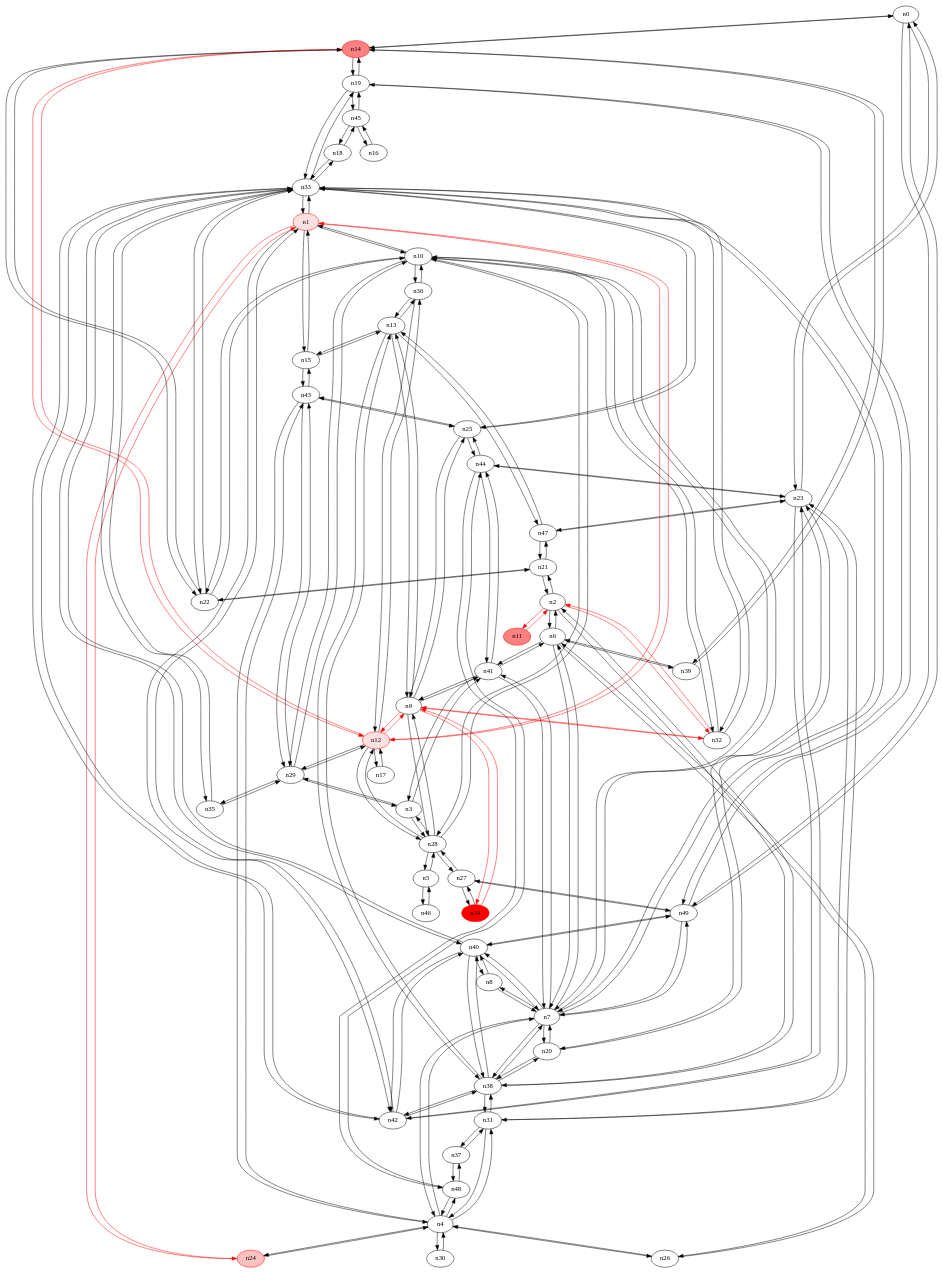
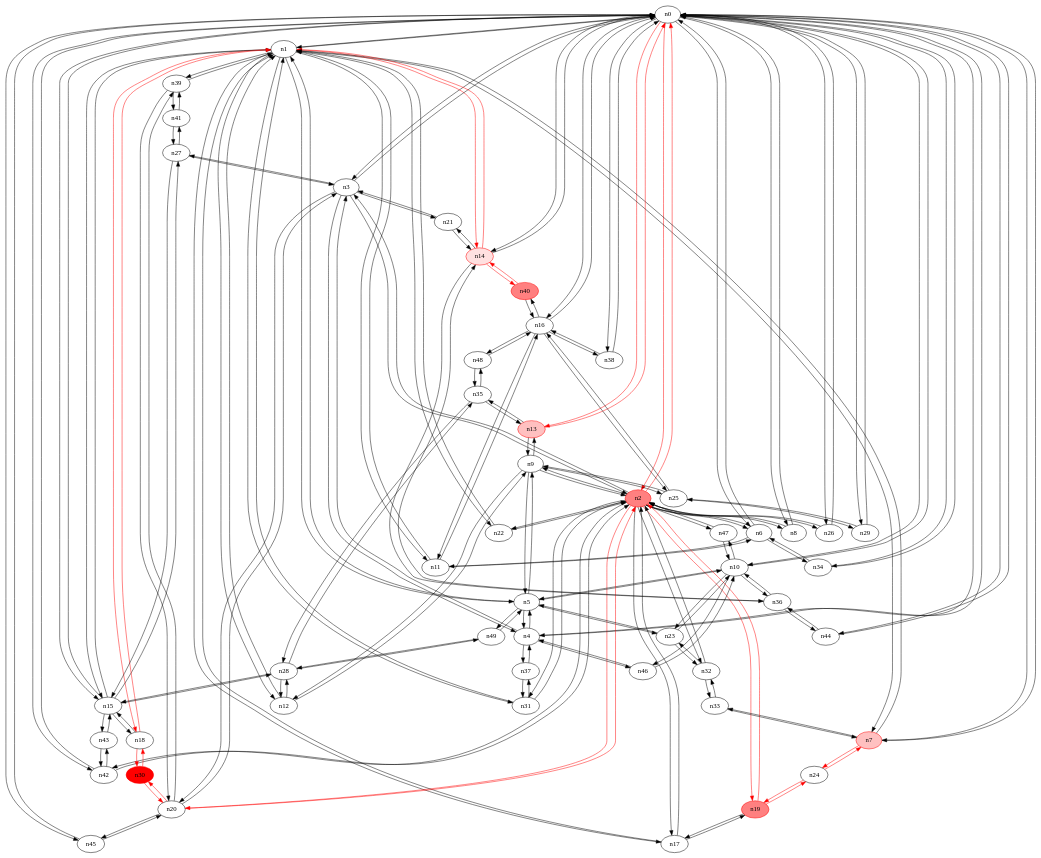
Before and after one commit to ireallyhopeirememberthis/yates_rrt: the diagram in 50_7/2-rrt1.dot, drawn with Graphviz. The commit also changed 7464 other files, not shown here.

```diff
--- a/50_7/2-rrt1.dot
+++ b/50_7/2-rrt1.dot
@@ -1,252 +1,244 @@
 strict digraph {
 n0 [type=switch];
-n14 [type=switch, color="#FF0000", style=filled, fillcolor="#FF8080"];
+n1 [type=switch];
+n2 [type=switch, color="#FF0000", style=filled, fillcolor="#FF8080"];
+n3 [type=switch];
+n4 [type=switch];
+n6 [type=switch];
+n7 [type=host, color="#FF0000", style=filled, fillcolor="#FFC0C0"];
+n8 [type=switch];
+n10 [type=switch];
+n13 [type=host, color="#FF0000", style=filled, fillcolor="#FFC0C0"];
+n14 [type=host, color="#FF0000", style=filled, fillcolor="#FFE0E0"];
+n15 [type=switch];
+n16 [type=switch];
+n26 [type=switch];
+n29 [type=switch];
+n34 [type=switch];
+n38 [type=switch];
+n42 [type=switch];
+n44 [type=switch];
+n45 [type=switch];
+n5 [type=switch];
+n11 [type=switch];
+n12 [type=switch];
+n17 [type=switch];
+n18 [type=switch];
+n22 [type=switch];
+n31 [type=switch];
+n39 [type=switch];
+n9 [type=switch];
+n19 [type=switch, color="#FF0000", style=filled, fillcolor="#FF8080"];
+n20 [type=switch];
+n32 [type=switch];
+n47 [type=switch];
+n21 [type=switch];
+n27 [type=switch];
+n37 [type=switch];
+n46 [type=switch];
 n23 [type=switch];
 n49 [type=switch];
-n1 [type=host, color="#FF0000", style=filled, fillcolor="#FFE0E0"];
-n10 [type=switch];
-n12 [type=host, color="#FF0000", style=filled, fillcolor="#FFE0E0"];
-n15 [type=switch];
-n24 [type=switch, color="#FF0000", style=filled, fillcolor="#FFC0C0"];
+n24 [type=switch];
 n33 [type=switch];
-n42 [type=switch];
-n2 [type=switch];
-n6 [type=switch];
-n11 [type=host, color="#FF0000", style=filled, fillcolor="#FF8080"];
-n21 [type=switch];
-n32 [type=switch];
-n38 [type=switch];
-n3 [type=switch];
+n25 [type=switch];
+n36 [type=switch];
 n28 [type=switch];
-n29 [type=switch];
-n41 [type=switch];
-n4 [type=switch];
-n7 [type=switch];
-n26 [type=switch];
-n30 [type=switch];
-n31 [type=switch];
+n35 [type=switch];
+n40 [type=switch, color="#FF0000", style=filled, fillcolor="#FF8080"];
 n43 [type=switch];
 n48 [type=switch];
-n5 [type=switch];
-n46 [type=switch];
-n39 [type=switch];
-n8 [type=switch];
-n20 [type=switch];
-n40 [type=switch];
-n9 [type=switch];
-n13 [type=switch];
-n25 [type=switch];
-n34 [type=switch, color="#FF0000", style=filled, fillcolor="#FF0000"];
-n22 [type=switch];
-n36 [type=switch];
-n17 [type=switch];
-n47 [type=switch];
-n19 [type=switch];
-n16 [type=switch];
-n45 [type=switch];
-n18 [type=switch];
-n44 [type=switch];
-n27 [type=switch];
-n35 [type=switch];
-n37 [type=switch];
+n30 [type=switch, color="#FF0000", style=filled, fillcolor="#FF0000"];
+n41 [type=switch];
+n0 -> n1 [src_port=0, dst_port=0];
+n0 -> n2 [src_port=0, dst_port=0, color="#FF0000"];
+n0 -> n3 [src_port=0, dst_port=0];
+n0 -> n4 [src_port=0, dst_port=0];
+n0 -> n6 [src_port=0, dst_port=0];
+n0 -> n7 [src_port=0, dst_port=0];
+n0 -> n8 [src_port=0, dst_port=0];
+n0 -> n10 [src_port=0, dst_port=0];
+n0 -> n13 [src_port=0, dst_port=0, color="#FF0000"];
 n0 -> n14 [src_port=0, dst_port=0];
-n0 -> n23 [src_port=0, dst_port=0];
-n0 -> n49 [src_port=0, dst_port=0];
+n0 -> n15 [src_port=0, dst_port=0];
+n0 -> n16 [src_port=0, dst_port=0];
+n0 -> n26 [src_port=0, dst_port=0];
+n0 -> n29 [src_port=0, dst_port=0];
+n0 -> n34 [src_port=0, dst_port=0];
+n0 -> n38 [src_port=0, dst_port=0];
+n0 -> n42 [src_port=0, dst_port=0];
+n0 -> n44 [src_port=0, dst_port=0];
+n0 -> n45 [src_port=0, dst_port=0];
+n1 -> n0 [src_port=0, dst_port=0];
+n1 -> n7 [src_port=0, dst_port=0];
+n1 -> n14 [src_port=0, dst_port=0, color="#FF0000"];
+n1 -> n15 [src_port=0, dst_port=0];
+n1 -> n5 [src_port=0, dst_port=0];
+n1 -> n11 [src_port=0, dst_port=0];
+n1 -> n12 [src_port=0, dst_port=0];
+n1 -> n17 [src_port=0, dst_port=0];
+n1 -> n18 [src_port=0, dst_port=0, color="#FF0000"];
+n1 -> n22 [src_port=0, dst_port=0];
+n1 -> n31 [src_port=0, dst_port=0];
+n1 -> n39 [src_port=0, dst_port=0];
+n2 -> n0 [src_port=0, dst_port=0, color="#FF0000"];
+n2 -> n3 [src_port=0, dst_port=0];
+n2 -> n6 [src_port=0, dst_port=0];
+n2 -> n8 [src_port=0, dst_port=0];
+n2 -> n26 [src_port=0, dst_port=0];
+n2 -> n42 [src_port=0, dst_port=0];
+n2 -> n17 [src_port=0, dst_port=0];
+n2 -> n22 [src_port=0, dst_port=0];
+n2 -> n31 [src_port=0, dst_port=0];
+n2 -> n9 [src_port=0, dst_port=0];
+n2 -> n19 [src_port=0, dst_port=0, color="#FF0000"];
+n2 -> n20 [src_port=0, dst_port=0, color="#FF0000"];
+n2 -> n32 [src_port=0, dst_port=0];
+n2 -> n47 [src_port=0, dst_port=0];
+n3 -> n0 [src_port=0, dst_port=0];
+n3 -> n2 [src_port=0, dst_port=0];
+n3 -> n4 [src_port=0, dst_port=0];
+n3 -> n20 [src_port=0, dst_port=0];
+n3 -> n21 [src_port=0, dst_port=0];
+n3 -> n27 [src_port=0, dst_port=0];
+n4 -> n0 [src_port=0, dst_port=0];
+n4 -> n3 [src_port=0, dst_port=0];
+n4 -> n5 [src_port=0, dst_port=0];
+n4 -> n37 [src_port=0, dst_port=0];
+n4 -> n46 [src_port=0, dst_port=0];
+n6 -> n0 [src_port=0, dst_port=0];
+n6 -> n2 [src_port=0, dst_port=0];
+n6 -> n34 [src_port=0, dst_port=0];
+n6 -> n11 [src_port=0, dst_port=0];
+n7 -> n0 [src_port=0, dst_port=0];
+n7 -> n1 [src_port=0, dst_port=0];
+n7 -> n24 [src_port=0, dst_port=0, color="#FF0000"];
+n7 -> n33 [src_port=0, dst_port=0];
+n8 -> n0 [src_port=0, dst_port=0];
+n8 -> n2 [src_port=0, dst_port=0];
+n10 -> n0 [src_port=0, dst_port=0];
+n10 -> n5 [src_port=0, dst_port=0];
+n10 -> n47 [src_port=0, dst_port=0];
+n10 -> n46 [src_port=0, dst_port=0];
+n10 -> n23 [src_port=0, dst_port=0];
+n10 -> n36 [src_port=0, dst_port=0];
+n13 -> n0 [src_port=0, dst_port=0, color="#FF0000"];
+n13 -> n9 [src_port=0, dst_port=0];
+n13 -> n35 [src_port=0, dst_port=0];
 n14 -> n0 [src_port=0, dst_port=0];
-n14 -> n12 [src_port=0, dst_port=0, color="#FF0000"];
-n14 -> n39 [src_port=0, dst_port=0];
-n14 -> n22 [src_port=0, dst_port=0];
-n14 -> n19 [src_port=0, dst_port=0];
-n23 -> n0 [src_port=0, dst_port=0];
-n23 -> n42 [src_port=0, dst_port=0];
-n23 -> n31 [src_port=0, dst_port=0];
-n23 -> n20 [src_port=0, dst_port=0];
-n23 -> n47 [src_port=0, dst_port=0];
-n23 -> n44 [src_port=0, dst_port=0];
-n49 -> n0 [src_port=0, dst_port=0];
-n49 -> n7 [src_port=0, dst_port=0];
-n49 -> n40 [src_port=0, dst_port=0];
-n49 -> n19 [src_port=0, dst_port=0];
-n49 -> n27 [src_port=0, dst_port=0];
-n1 -> n10 [src_port=0, dst_port=0];
-n1 -> n12 [src_port=0, dst_port=0, color="#FF0000"];
-n1 -> n15 [src_port=0, dst_port=0];
-n1 -> n24 [src_port=0, dst_port=0, color="#FF0000"];
-n1 -> n33 [src_port=0, dst_port=0];
-n1 -> n42 [src_port=0, dst_port=0];
-n10 -> n1 [src_port=0, dst_port=0];
-n10 -> n32 [src_port=0, dst_port=0];
-n10 -> n28 [src_port=0, dst_port=0];
-n10 -> n29 [src_port=0, dst_port=0];
-n10 -> n7 [src_port=0, dst_port=0];
-n10 -> n22 [src_port=0, dst_port=0];
-n10 -> n36 [src_port=0, dst_port=0];
-n12 -> n14 [src_port=0, dst_port=0, color="#FF0000"];
-n12 -> n1 [src_port=0, dst_port=0, color="#FF0000"];
+n14 -> n1 [src_port=0, dst_port=0, color="#FF0000"];
+n14 -> n21 [src_port=0, dst_port=0];
+n14 -> n36 [src_port=0, dst_port=0];
+n14 -> n40 [src_port=0, dst_port=0, color="#FF0000"];
+n15 -> n0 [src_port=0, dst_port=0];
+n15 -> n1 [src_port=0, dst_port=0];
+n15 -> n18 [src_port=0, dst_port=0];
+n15 -> n27 [src_port=0, dst_port=0];
+n15 -> n28 [src_port=0, dst_port=0];
+n15 -> n43 [src_port=0, dst_port=0];
+n16 -> n0 [src_port=0, dst_port=0];
+n16 -> n38 [src_port=0, dst_port=0];
+n16 -> n11 [src_port=0, dst_port=0];
+n16 -> n25 [src_port=0, dst_port=0];
+n16 -> n40 [src_port=0, dst_port=0];
+n16 -> n48 [src_port=0, dst_port=0];
+n26 -> n0 [src_port=0, dst_port=0];
+n26 -> n2 [src_port=0, dst_port=0];
+n29 -> n0 [src_port=0, dst_port=0];
+n29 -> n25 [src_port=0, dst_port=0];
+n34 -> n0 [src_port=0, dst_port=0];
+n34 -> n6 [src_port=0, dst_port=0];
+n38 -> n0 [src_port=0, dst_port=0];
+n38 -> n16 [src_port=0, dst_port=0];
+n42 -> n0 [src_port=0, dst_port=0];
+n42 -> n2 [src_port=0, dst_port=0];
+n42 -> n43 [src_port=0, dst_port=0];
+n44 -> n0 [src_port=0, dst_port=0];
+n44 -> n36 [src_port=0, dst_port=0];
+n45 -> n0 [src_port=0, dst_port=0];
+n45 -> n20 [src_port=0, dst_port=0];
+n5 -> n1 [src_port=0, dst_port=0];
+n5 -> n4 [src_port=0, dst_port=0];
+n5 -> n10 [src_port=0, dst_port=0];
+n5 -> n9 [src_port=0, dst_port=0];
+n5 -> n23 [src_port=0, dst_port=0];
+n5 -> n49 [src_port=0, dst_port=0];
+n11 -> n1 [src_port=0, dst_port=0];
+n11 -> n6 [src_port=0, dst_port=0];
+n11 -> n16 [src_port=0, dst_port=0];
+n12 -> n1 [src_port=0, dst_port=0];
+n12 -> n9 [src_port=0, dst_port=0];
 n12 -> n28 [src_port=0, dst_port=0];
-n12 -> n29 [src_port=0, dst_port=0];
-n12 -> n9 [src_port=0, dst_port=0, color="#FF0000"];
-n12 -> n36 [src_port=0, dst_port=0];
-n12 -> n17 [src_port=0, dst_port=0];
-n15 -> n1 [src_port=0, dst_port=0];
-n15 -> n43 [src_port=0, dst_port=0];
-n15 -> n13 [src_port=0, dst_port=0];
-n24 -> n1 [src_port=0, dst_port=0, color="#FF0000"];
-n24 -> n4 [src_port=0, dst_port=0];
-n33 -> n1 [src_port=0, dst_port=0];
-n33 -> n42 [src_port=0, dst_port=0];
+n17 -> n1 [src_port=0, dst_port=0];
+n17 -> n2 [src_port=0, dst_port=0];
+n17 -> n19 [src_port=0, dst_port=0];
+n18 -> n1 [src_port=0, dst_port=0, color="#FF0000"];
+n18 -> n15 [src_port=0, dst_port=0];
+n18 -> n30 [src_port=0, dst_port=0, color="#FF0000"];
+n22 -> n1 [src_port=0, dst_port=0];
+n22 -> n2 [src_port=0, dst_port=0];
+n31 -> n1 [src_port=0, dst_port=0];
+n31 -> n2 [src_port=0, dst_port=0];
+n31 -> n37 [src_port=0, dst_port=0];
+n39 -> n1 [src_port=0, dst_port=0];
+n39 -> n20 [src_port=0, dst_port=0];
+n39 -> n41 [src_port=0, dst_port=0];
+n9 -> n2 [src_port=0, dst_port=0];
+n9 -> n13 [src_port=0, dst_port=0];
+n9 -> n5 [src_port=0, dst_port=0];
+n9 -> n12 [src_port=0, dst_port=0];
+n9 -> n25 [src_port=0, dst_port=0];
+n19 -> n2 [src_port=0, dst_port=0, color="#FF0000"];
+n19 -> n17 [src_port=0, dst_port=0];
+n19 -> n24 [src_port=0, dst_port=0, color="#FF0000"];
+n20 -> n2 [src_port=0, dst_port=0, color="#FF0000"];
+n20 -> n3 [src_port=0, dst_port=0];
+n20 -> n45 [src_port=0, dst_port=0];
+n20 -> n39 [src_port=0, dst_port=0];
+n20 -> n30 [src_port=0, dst_port=0, color="#FF0000"];
+n32 -> n2 [src_port=0, dst_port=0];
+n32 -> n23 [src_port=0, dst_port=0];
+n32 -> n33 [src_port=0, dst_port=0];
+n47 -> n2 [src_port=0, dst_port=0];
+n47 -> n10 [src_port=0, dst_port=0];
+n21 -> n3 [src_port=0, dst_port=0];
+n21 -> n14 [src_port=0, dst_port=0];
+n27 -> n3 [src_port=0, dst_port=0];
+n27 -> n15 [src_port=0, dst_port=0];
+n27 -> n41 [src_port=0, dst_port=0];
+n37 -> n4 [src_port=0, dst_port=0];
+n37 -> n31 [src_port=0, dst_port=0];
+n46 -> n4 [src_port=0, dst_port=0];
+n46 -> n10 [src_port=0, dst_port=0];
+n23 -> n10 [src_port=0, dst_port=0];
+n23 -> n5 [src_port=0, dst_port=0];
+n23 -> n32 [src_port=0, dst_port=0];
+n49 -> n5 [src_port=0, dst_port=0];
+n49 -> n28 [src_port=0, dst_port=0];
+n24 -> n7 [src_port=0, dst_port=0, color="#FF0000"];
+n24 -> n19 [src_port=0, dst_port=0, color="#FF0000"];
+n33 -> n7 [src_port=0, dst_port=0];
 n33 -> n32 [src_port=0, dst_port=0];
-n33 -> n7 [src_port=0, dst_port=0];
-n33 -> n40 [src_port=0, dst_port=0];
-n33 -> n25 [src_port=0, dst_port=0];
-n33 -> n22 [src_port=0, dst_port=0];
-n33 -> n19 [src_port=0, dst_port=0];
-n33 -> n18 [src_port=0, dst_port=0];
-n33 -> n35 [src_port=0, dst_port=0];
-n42 -> n23 [src_port=0, dst_port=0];
-n42 -> n1 [src_port=0, dst_port=0];
-n42 -> n33 [src_port=0, dst_port=0];
-n42 -> n38 [src_port=0, dst_port=0];
-n42 -> n40 [src_port=0, dst_port=0];
-n2 -> n6 [src_port=0, dst_port=0];
-n2 -> n11 [src_port=0, dst_port=0, color="#FF0000"];
-n2 -> n21 [src_port=0, dst_port=0];
-n2 -> n32 [src_port=0, dst_port=0, color="#FF0000"];
-n2 -> n38 [src_port=0, dst_port=0];
-n6 -> n2 [src_port=0, dst_port=0];
-n6 -> n41 [src_port=0, dst_port=0];
-n6 -> n7 [src_port=0, dst_port=0];
-n6 -> n26 [src_port=0, dst_port=0];
-n6 -> n39 [src_port=0, dst_port=0];
-n11 -> n2 [src_port=0, dst_port=0, color="#FF0000"];
-n21 -> n2 [src_port=0, dst_port=0];
-n21 -> n22 [src_port=0, dst_port=0];
-n21 -> n47 [src_port=0, dst_port=0];
-n32 -> n10 [src_port=0, dst_port=0];
-n32 -> n33 [src_port=0, dst_port=0];
-n32 -> n2 [src_port=0, dst_port=0, color="#FF0000"];
-n32 -> n9 [src_port=0, dst_port=0, color="#FF0000"];
-n38 -> n42 [src_port=0, dst_port=0];
-n38 -> n2 [src_port=0, dst_port=0];
-n38 -> n7 [src_port=0, dst_port=0];
-n38 -> n31 [src_port=0, dst_port=0];
-n38 -> n20 [src_port=0, dst_port=0];
-n38 -> n40 [src_port=0, dst_port=0];
-n38 -> n13 [src_port=0, dst_port=0];
-n3 -> n28 [src_port=0, dst_port=0];
-n3 -> n29 [src_port=0, dst_port=0];
-n3 -> n41 [src_port=0, dst_port=0];
-n28 -> n10 [src_port=0, dst_port=0];
+n25 -> n16 [src_port=0, dst_port=0];
+n25 -> n29 [src_port=0, dst_port=0];
+n25 -> n9 [src_port=0, dst_port=0];
+n36 -> n10 [src_port=0, dst_port=0];
+n36 -> n14 [src_port=0, dst_port=0];
+n36 -> n44 [src_port=0, dst_port=0];
+n28 -> n15 [src_port=0, dst_port=0];
 n28 -> n12 [src_port=0, dst_port=0];
-n28 -> n3 [src_port=0, dst_port=0];
-n28 -> n5 [src_port=0, dst_port=0];
-n28 -> n9 [src_port=0, dst_port=0];
-n28 -> n27 [src_port=0, dst_port=0];
-n29 -> n10 [src_port=0, dst_port=0];
-n29 -> n12 [src_port=0, dst_port=0];
-n29 -> n3 [src_port=0, dst_port=0];
-n29 -> n43 [src_port=0, dst_port=0];
-n29 -> n35 [src_port=0, dst_port=0];
-n41 -> n6 [src_port=0, dst_port=0];
-n41 -> n3 [src_port=0, dst_port=0];
-n41 -> n7 [src_port=0, dst_port=0];
-n41 -> n9 [src_port=0, dst_port=0];
-n41 -> n44 [src_port=0, dst_port=0];
-n4 -> n24 [src_port=0, dst_port=0];
-n4 -> n7 [src_port=0, dst_port=0];
-n4 -> n26 [src_port=0, dst_port=0];
-n4 -> n30 [src_port=0, dst_port=0];
-n4 -> n31 [src_port=0, dst_port=0];
-n4 -> n43 [src_port=0, dst_port=0];
-n4 -> n48 [src_port=0, dst_port=0];
-n7 -> n49 [src_port=0, dst_port=0];
-n7 -> n10 [src_port=0, dst_port=0];
-n7 -> n33 [src_port=0, dst_port=0];
-n7 -> n6 [src_port=0, dst_port=0];
-n7 -> n38 [src_port=0, dst_port=0];
-n7 -> n41 [src_port=0, dst_port=0];
-n7 -> n4 [src_port=0, dst_port=0];
-n7 -> n8 [src_port=0, dst_port=0];
-n7 -> n20 [src_port=0, dst_port=0];
-n7 -> n40 [src_port=0, dst_port=0];
-n26 -> n6 [src_port=0, dst_port=0];
-n26 -> n4 [src_port=0, dst_port=0];
-n30 -> n4 [src_port=0, dst_port=0];
-n31 -> n23 [src_port=0, dst_port=0];
-n31 -> n38 [src_port=0, dst_port=0];
-n31 -> n4 [src_port=0, dst_port=0];
-n31 -> n37 [src_port=0, dst_port=0];
+n28 -> n49 [src_port=0, dst_port=0];
+n28 -> n35 [src_port=0, dst_port=0];
+n35 -> n13 [src_port=0, dst_port=0];
+n35 -> n28 [src_port=0, dst_port=0];
+n35 -> n48 [src_port=0, dst_port=0];
+n40 -> n14 [src_port=0, dst_port=0, color="#FF0000"];
+n40 -> n16 [src_port=0, dst_port=0];
 n43 -> n15 [src_port=0, dst_port=0];
-n43 -> n29 [src_port=0, dst_port=0];
-n43 -> n4 [src_port=0, dst_port=0];
-n43 -> n25 [src_port=0, dst_port=0];
-n48 -> n4 [src_port=0, dst_port=0];
-n48 -> n44 [src_port=0, dst_port=0];
-n48 -> n37 [src_port=0, dst_port=0];
-n5 -> n28 [src_port=0, dst_port=0];
-n5 -> n46 [src_port=0, dst_port=0];
-n46 -> n5 [src_port=0, dst_port=0];
-n39 -> n14 [src_port=0, dst_port=0];
-n39 -> n6 [src_port=0, dst_port=0];
-n8 -> n7 [src_port=0, dst_port=0];
-n8 -> n40 [src_port=0, dst_port=0];
-n20 -> n23 [src_port=0, dst_port=0];
-n20 -> n38 [src_port=0, dst_port=0];
-n20 -> n7 [src_port=0, dst_port=0];
-n40 -> n49 [src_port=0, dst_port=0];
-n40 -> n33 [src_port=0, dst_port=0];
-n40 -> n42 [src_port=0, dst_port=0];
-n40 -> n38 [src_port=0, dst_port=0];
-n40 -> n7 [src_port=0, dst_port=0];
-n40 -> n8 [src_port=0, dst_port=0];
-n9 -> n12 [src_port=0, dst_port=0, color="#FF0000"];
-n9 -> n32 [src_port=0, dst_port=0, color="#FF0000"];
-n9 -> n28 [src_port=0, dst_port=0];
-n9 -> n41 [src_port=0, dst_port=0];
-n9 -> n13 [src_port=0, dst_port=0];
-n9 -> n25 [src_port=0, dst_port=0];
-n9 -> n34 [src_port=0, dst_port=0, color="#FF0000"];
-n13 -> n15 [src_port=0, dst_port=0];
-n13 -> n38 [src_port=0, dst_port=0];
-n13 -> n9 [src_port=0, dst_port=0];
-n13 -> n36 [src_port=0, dst_port=0];
-n13 -> n47 [src_port=0, dst_port=0];
-n25 -> n33 [src_port=0, dst_port=0];
-n25 -> n43 [src_port=0, dst_port=0];
-n25 -> n9 [src_port=0, dst_port=0];
-n25 -> n44 [src_port=0, dst_port=0];
-n34 -> n9 [src_port=0, dst_port=0, color="#FF0000"];
-n34 -> n27 [src_port=0, dst_port=0];
-n22 -> n14 [src_port=0, dst_port=0];
-n22 -> n10 [src_port=0, dst_port=0];
-n22 -> n33 [src_port=0, dst_port=0];
-n22 -> n21 [src_port=0, dst_port=0];
-n36 -> n10 [src_port=0, dst_port=0];
-n36 -> n12 [src_port=0, dst_port=0];
-n36 -> n13 [src_port=0, dst_port=0];
-n17 -> n12 [src_port=0, dst_port=0];
-n47 -> n23 [src_port=0, dst_port=0];
-n47 -> n21 [src_port=0, dst_port=0];
-n47 -> n13 [src_port=0, dst_port=0];
-n19 -> n14 [src_port=0, dst_port=0];
-n19 -> n49 [src_port=0, dst_port=0];
-n19 -> n33 [src_port=0, dst_port=0];
-n19 -> n45 [src_port=0, dst_port=0];
-n16 -> n45 [src_port=0, dst_port=0];
-n45 -> n19 [src_port=0, dst_port=0];
-n45 -> n16 [src_port=0, dst_port=0];
-n45 -> n18 [src_port=0, dst_port=0];
-n18 -> n33 [src_port=0, dst_port=0];
-n18 -> n45 [src_port=0, dst_port=0];
-n44 -> n23 [src_port=0, dst_port=0];
-n44 -> n41 [src_port=0, dst_port=0];
-n44 -> n48 [src_port=0, dst_port=0];
-n44 -> n25 [src_port=0, dst_port=0];
-n27 -> n49 [src_port=0, dst_port=0];
-n27 -> n28 [src_port=0, dst_port=0];
-n27 -> n34 [src_port=0, dst_port=0];
-n35 -> n33 [src_port=0, dst_port=0];
-n35 -> n29 [src_port=0, dst_port=0];
-n37 -> n31 [src_port=0, dst_port=0];
-n37 -> n48 [src_port=0, dst_port=0];
+n43 -> n42 [src_port=0, dst_port=0];
+n48 -> n16 [src_port=0, dst_port=0];
+n48 -> n35 [src_port=0, dst_port=0];
+n30 -> n18 [src_port=0, dst_port=0, color="#FF0000"];
+n30 -> n20 [src_port=0, dst_port=0, color="#FF0000"];
+n41 -> n39 [src_port=0, dst_port=0];
+n41 -> n27 [src_port=0, dst_port=0];
 }
```
